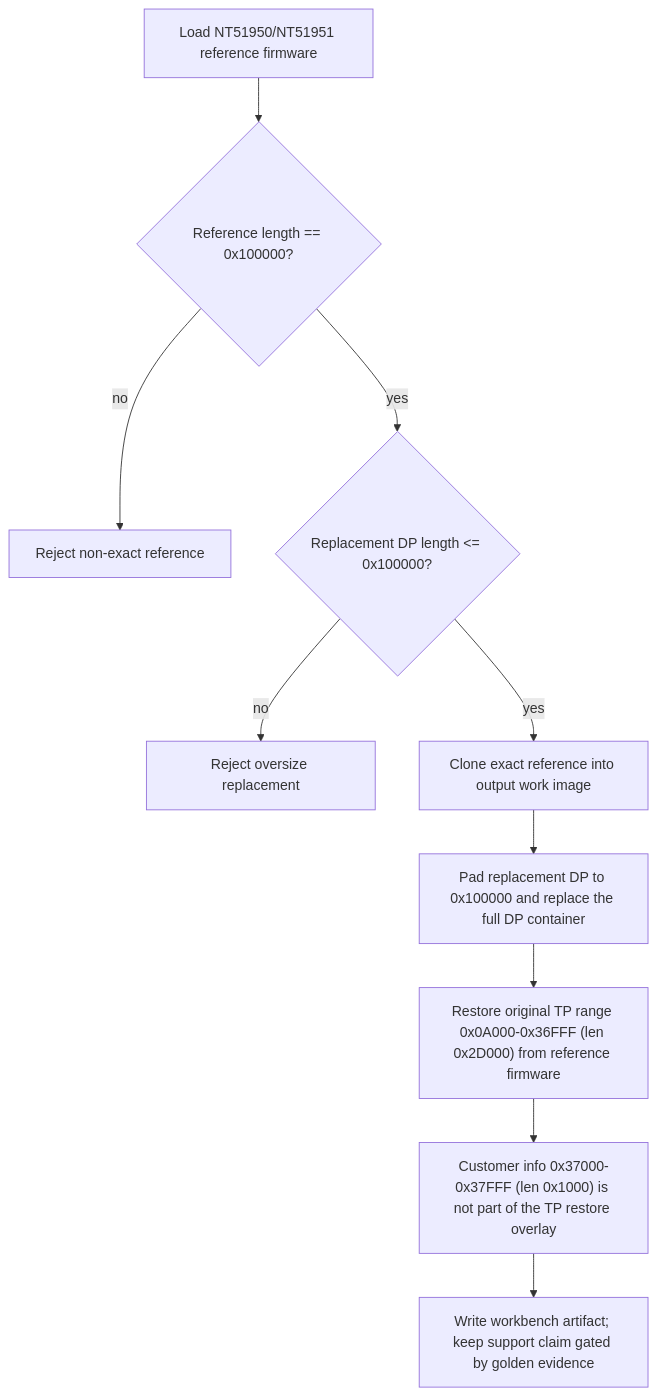
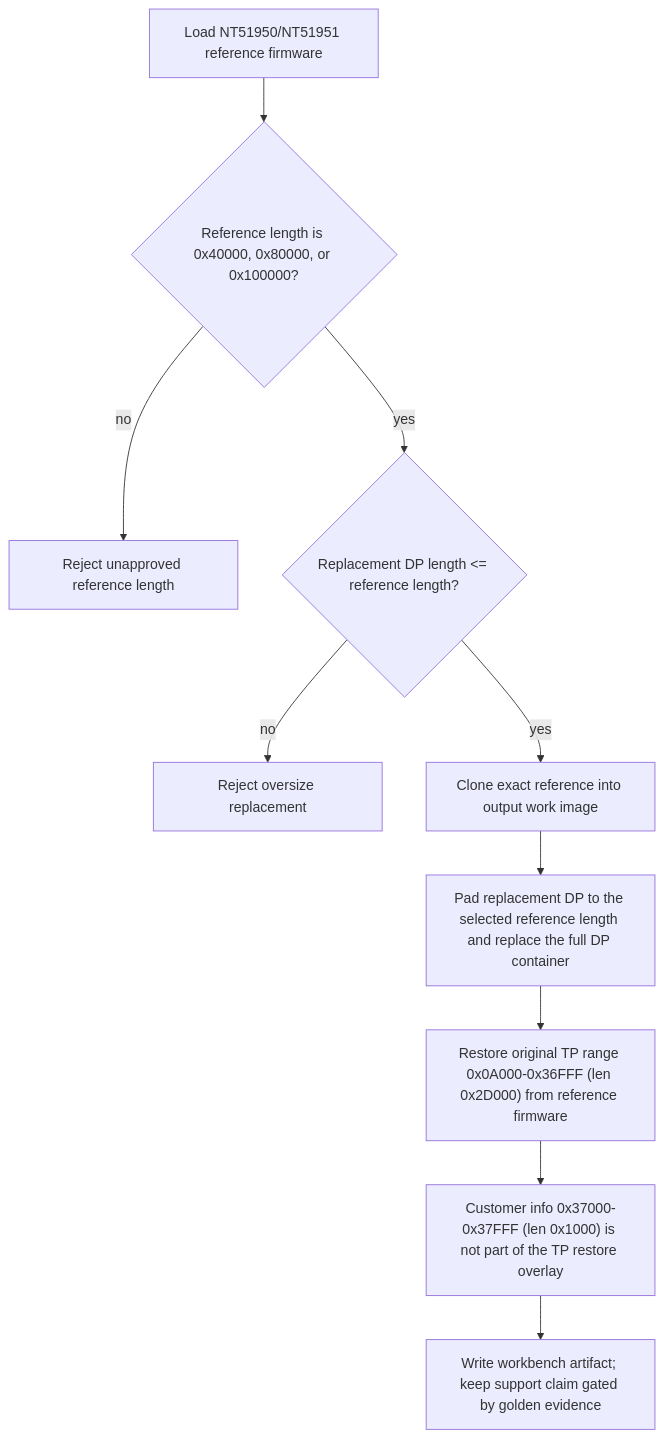
One commit to Dennis40816/nvt_fw_combiner changed the sixth of 12 diagrams in docs/architecture/ic-workflow-flowcharts.md. Above: the diagram before and after it, drawn with Mermaid. The commit also changed 13 other files, not shown here.

Commit message:
Fix DP replace base length and UI build gate

````diff
--- a/docs/architecture/ic-workflow-flowcharts.md
+++ b/docs/architecture/ic-workflow-flowcharts.md
@@ -143,12 +143,12 @@
 ```mermaid
 flowchart TD
-    A["Load NT51950/NT51951 reference firmware"] --> B{"Reference length == 0x100000?"}
-    B -- "no" --> C["Reject non-exact reference"]
-    B -- "yes" --> D{"Replacement DP length <= 0x100000?"}
+    A["Load NT51950/NT51951 reference firmware"] --> B{"Reference length is 0x40000, 0x80000, or 0x100000?"}
+    B -- "no" --> C["Reject unapproved reference length"]
+    B -- "yes" --> D{"Replacement DP length <= reference length?"}
     D -- "no" --> E["Reject oversize replacement"]
     D -- "yes" --> F["Clone exact reference into output work image"]
-    F --> G["Pad replacement DP to 0x100000 and replace the full DP container"]
+    F --> G["Pad replacement DP to the selected reference length and replace the full DP container"]
     G --> H["Restore original TP range 0x0A000-0x36FFF (len 0x2D000) from reference firmware"]
     H --> I["Customer info 0x37000-0x37FFF (len 0x1000) is not part of the TP restore overlay"]
     I --> J["Write workbench artifact; keep support claim gated by golden evidence"]
 ```
````
